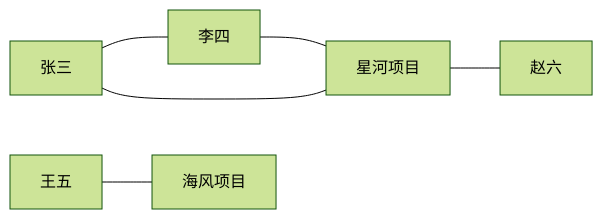
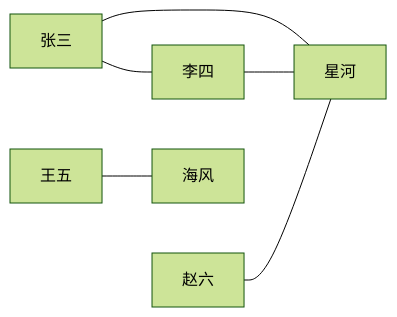
One commit to stefanv5/memory-platform-architecture changed diagram 11 of 14 in docs/cognee/graph-storage-postgres-analysis.md. Above: the diagram before and after it, drawn with Mermaid (forest theme). The commit also changed other lines of this file and 4 other files, not shown here.

````diff
--- a/docs/cognee/graph-storage-postgres-analysis.md
+++ b/docs/cognee/graph-storage-postgres-analysis.md
@@ -694,8 +330,8 @@
 ```mermaid
 flowchart LR
     Z[张三] --- L[李四]
-    Z --- X[星河项目]
+    Z --- X[星河]
     L --- X
-    X --- Q[赵六]
-    W[王五] --- H[海风项目]
+    Q[赵六] --- X
+    W[王五] --- H[海风]
 ```
````
